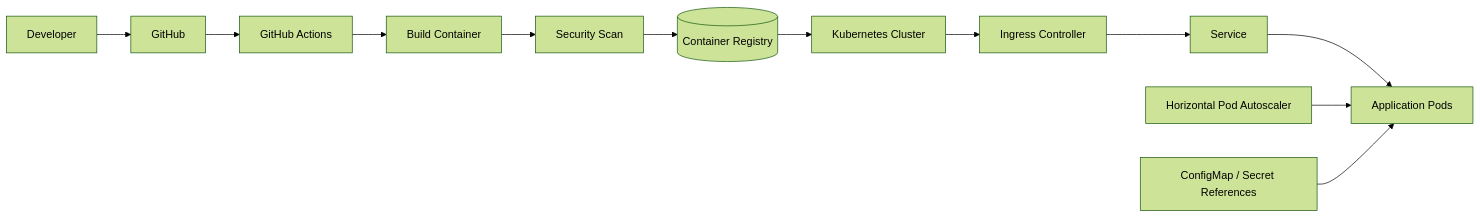
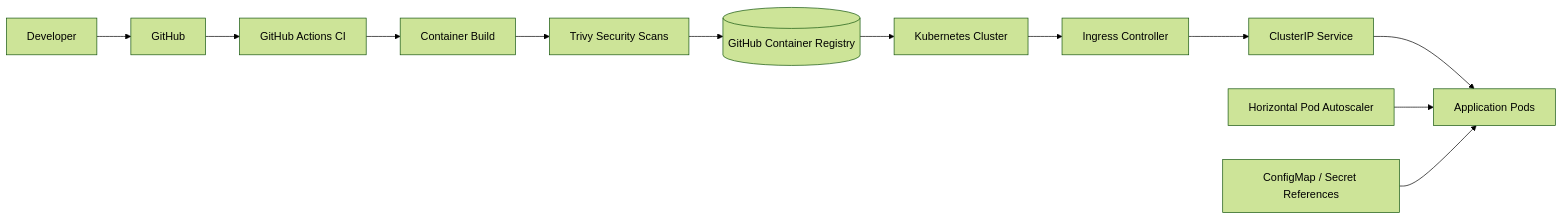
One commit to Elgrandeyury/kubernetes-cicd-platform changed the diagram in README.md. Above: the diagram before and after it, drawn with Mermaid (forest theme). The commit also changed other lines of this file, not shown here.

Commit message:
Finalize Kubernetes platform documentation

````diff
--- a/README.md
+++ b/README.md
@@ -9,14 +9,14 @@
 ```mermaid
 flowchart LR
     Dev[Developer] --> GH[GitHub]
-    GH --> CI[GitHub Actions]
-    CI --> Build[Build Container]
-    Build --> Scan[Security Scan]
-    Scan --> Registry[(Container Registry)]
-    Registry --> K8s[Kubernetes Cluster]
-    K8s --> Ingress[Ingress Controller]
-    Ingress --> Svc[Service]
-    Svc --> Pods[Application Pods]
+    GH --> CI[GitHub Actions CI]
+    CI --> Build[Container Build]
+    Build --> Scan[Trivy Security Scans]
+    Scan --> Registry[(GitHub Container Registry)]
+    Registry --> Cluster[Kubernetes Cluster]
+    Cluster --> Ingress[Ingress Controller]
+    Ingress --> Service[ClusterIP Service]
+    Service --> Pods[Application Pods]
     HPA[Horizontal Pod Autoscaler] --> Pods
     Config[ConfigMap / Secret References] --> Pods
 ```
````
